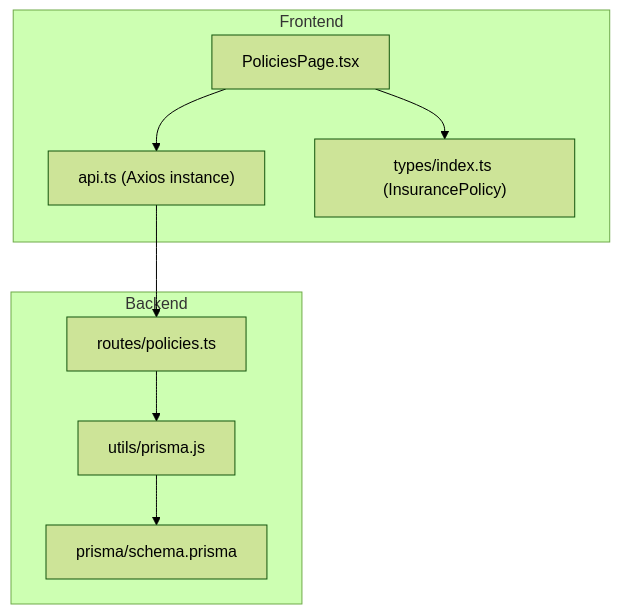
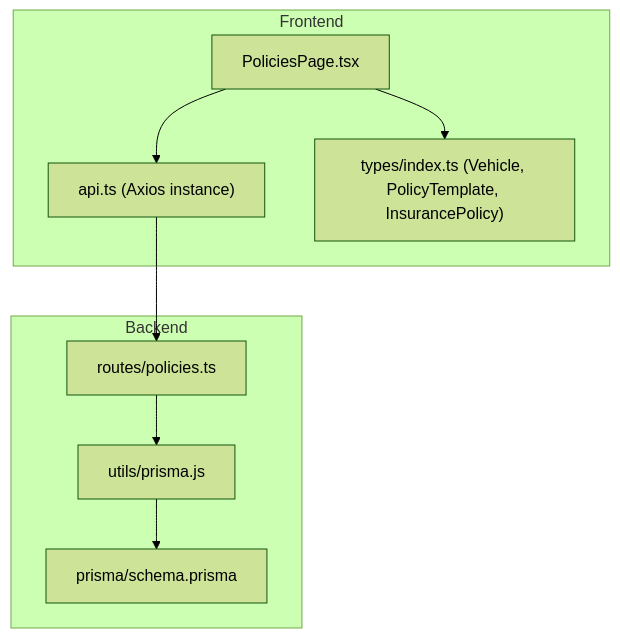
The first of 7 diagrams in .qoder/repowiki/en/content/Frontend Documentation/Pages and Views/User Pages/Policy Management Page.md (NaveenHiranya/Smart-Vehicle-Insurance-Claim-System), drawn with Mermaid (forest theme) before and after one commit. The commit also changed other lines of this file and 21 other files, not shown here.

````diff
--- a/.qoder/repowiki/en/content/Frontend Documentation/Pages and Views/User Pages/Policy Management Page.md
+++ b/.qoder/repowiki/en/content/Frontend Documentation/Pages and Views/User Pages/Policy Management Page.md
@@ -36,18 +45,18 @@
 ```mermaid
 graph TB
 subgraph "Frontend"
 PP["PoliciesPage.tsx"]
 API["api.ts (Axios instance)"]
-TYPES["types/index.ts (InsurancePolicy)"]
+TYPES["types/index.ts (Vehicle, PolicyTemplate, InsurancePolicy)"]
 end
 subgraph "Backend"
 ROUTES["routes/policies.ts"]
 PRISMA["utils/prisma.js"]
 SCHEMA["prisma/schema.prisma"]
 end
 PP --> API
 API --> ROUTES
 ROUTES --> PRISMA
 PRISMA --> SCHEMA
 PP --> TYPES
 ```
````
